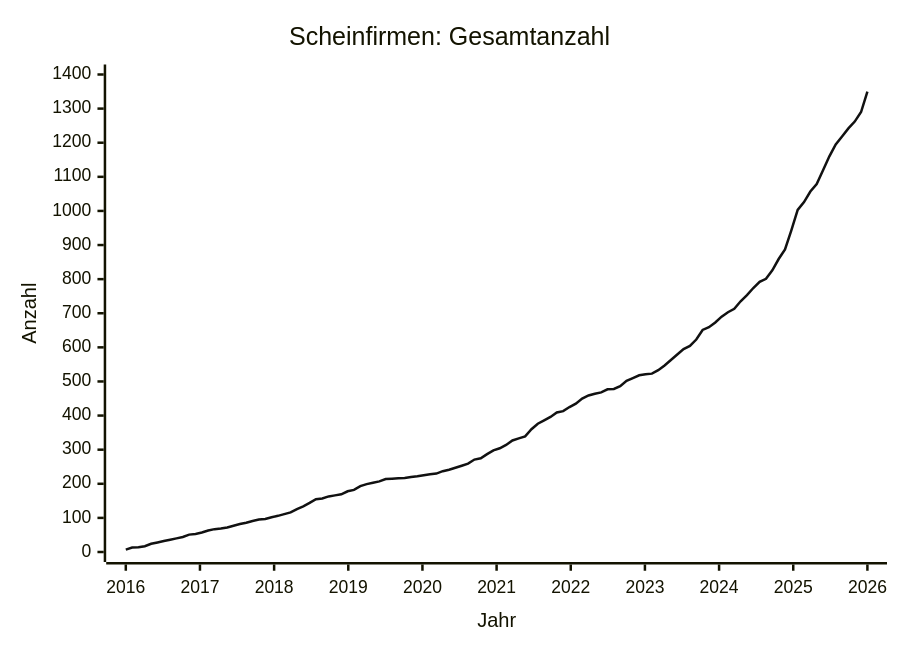
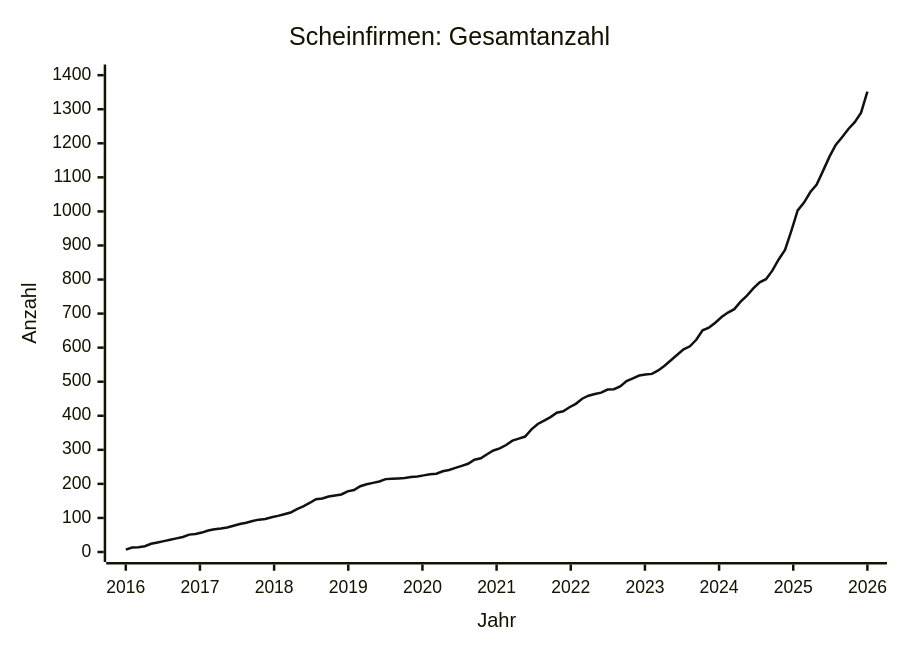
One commit to arjoma/scheinfirmen-at changed the diagram in data/STATS.md. Above: the diagram before and after it, drawn with Mermaid. The commit also changed other lines of this file and 3 other files, not shown here.

````diff
--- a/data/STATS.md
+++ b/data/STATS.md
@@ -9,13 +9,13 @@
 ```mermaid
 ---
 config:
   themeVariables:
     xyChart:
       plotColorPalette: "#111111"
 ---
 xychart-beta
     title "Scheinfirmen: Gesamtanzahl"
     x-axis "Jahr" 2016 --> 2026
-    y-axis "Anzahl" 0 --> 1400
-    line [7, 13, 14, 17, 24, 28, 32, 36, 40, 44, 51, 53, 57, 63, 67, 69, 72, 77, 82, 86, 91, 95, 97, 102, 106, 111, 116, 126, 134, 144, 155, 157, 163, 166, 169, 178, 182, 193, 199, 203, 207, 214, 215, 216, 217, 220, 222, 225, 228, 230, 237, 241, 247, 253, 259, 271, 275, 287, 298, 304, 314, 327, 333, 339, 360, 376, 386, 396, 409, 413, 425, 435, 450, 459, 464, 468, 477, 478, 486, 502, 510, 518, 521, 523, 533, 547, 563, 579, 595, 604, 623, 651, 659, 673, 690, 703, 713, 735, 753, 774, 792, 801, 826, 859, 887, 943, 1003, 1026, 1057, 1079, 1119, 1160, 1195, 1218, 1242, 1262, 1290, 1350]
+    y-axis "Anzahl" 0 --> 1402
+    line [7, 13, 14, 17, 24, 28, 32, 36, 40, 44, 51, 53, 57, 63, 67, 69, 72, 77, 82, 86, 91, 95, 97, 102, 106, 111, 116, 126, 134, 144, 155, 157, 163, 166, 169, 178, 182, 193, 199, 203, 207, 214, 215, 216, 217, 220, 222, 225, 228, 230, 237, 241, 247, 253, 259, 271, 275, 287, 298, 304, 314, 327, 333, 339, 360, 376, 386, 396, 409, 413, 425, 435, 450, 459, 464, 468, 477, 478, 486, 502, 510, 518, 521, 523, 533, 547, 563, 579, 595, 604, 623, 651, 659, 673, 690, 703, 713, 735, 753, 774, 792, 801, 826, 859, 887, 943, 1003, 1026, 1057, 1079, 1119, 1160, 1195, 1218, 1242, 1262, 1290, 1352]
 ```
````
